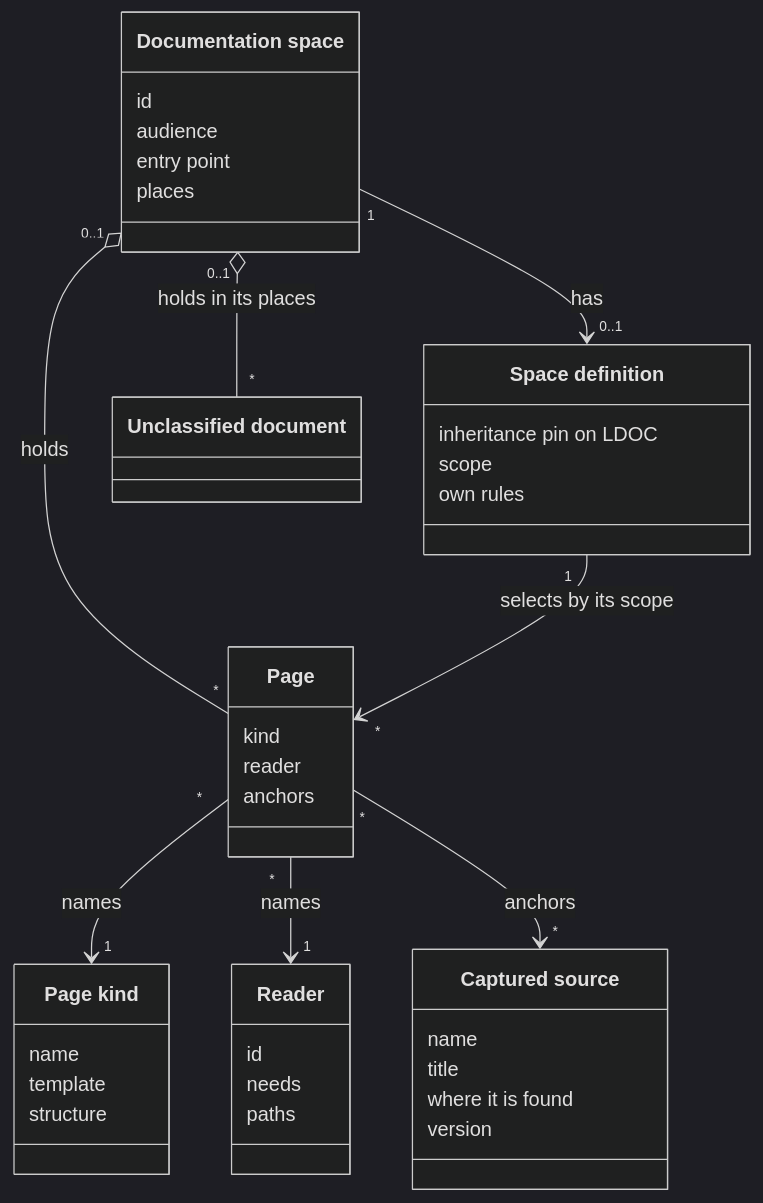
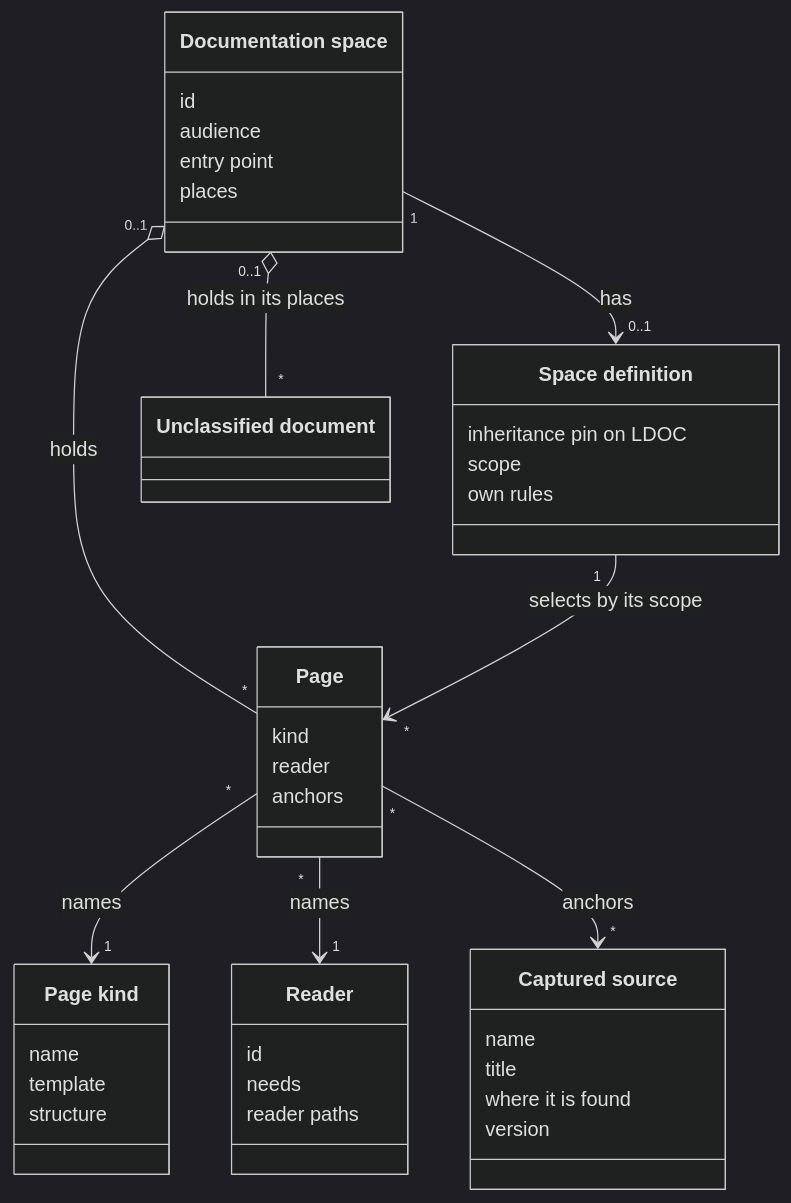
Before and after one commit to aleskalfas/project-kit: the first of 2 diagrams in tech-docs/analysis/living-docs/domain-model/010-spaces-and-pages.md, drawn with Mermaid (dark theme). The commit also changed other lines of this file and 10 other files, not shown here.

````diff
--- a/tech-docs/analysis/living-docs/domain-model/010-spaces-and-pages.md
+++ b/tech-docs/analysis/living-docs/domain-model/010-spaces-and-pages.md
@@ -34,39 +34,39 @@
 ```mermaid
 classDiagram
   accTitle: Documentation spaces and pages
   accDescr: A documentation space has at most one space definition, and holds its pages and its unclassified documents. The definition's scope selects the space's pages. Each page names one page kind and one reader, and may anchor captured sources.
   class DocumentationSpace["Documentation space"]
   DocumentationSpace : id
   DocumentationSpace : audience
   DocumentationSpace : entry point
   DocumentationSpace : places
   class SpaceDefinition["Space definition"]
   SpaceDefinition : inheritance pin on LDOC
   SpaceDefinition : scope
   SpaceDefinition : own rules
   class Page
   Page : kind
   Page : reader
   Page : anchors
   class PageKind["Page kind"]
   PageKind : name
   PageKind : template
   PageKind : structure
   class Reader
   Reader : id
   Reader : needs
-  Reader : paths
+  Reader : reader paths
   class CapturedSource["Captured source"]
   CapturedSource : name
   CapturedSource : title
   CapturedSource : where it is found
   CapturedSource : version
   class UnclassifiedDocument["Unclassified document"]
   DocumentationSpace "1" --> "0..1" SpaceDefinition : has
   DocumentationSpace "0..1" o-- "*" Page : holds
   DocumentationSpace "0..1" o-- "*" UnclassifiedDocument : holds in its places
   SpaceDefinition "1" --> "*" Page : selects by its scope
   Page "*" --> "1" PageKind : names
   Page "*" --> "1" Reader : names
   Page "*" --> "*" CapturedSource : anchors
 ```
````
